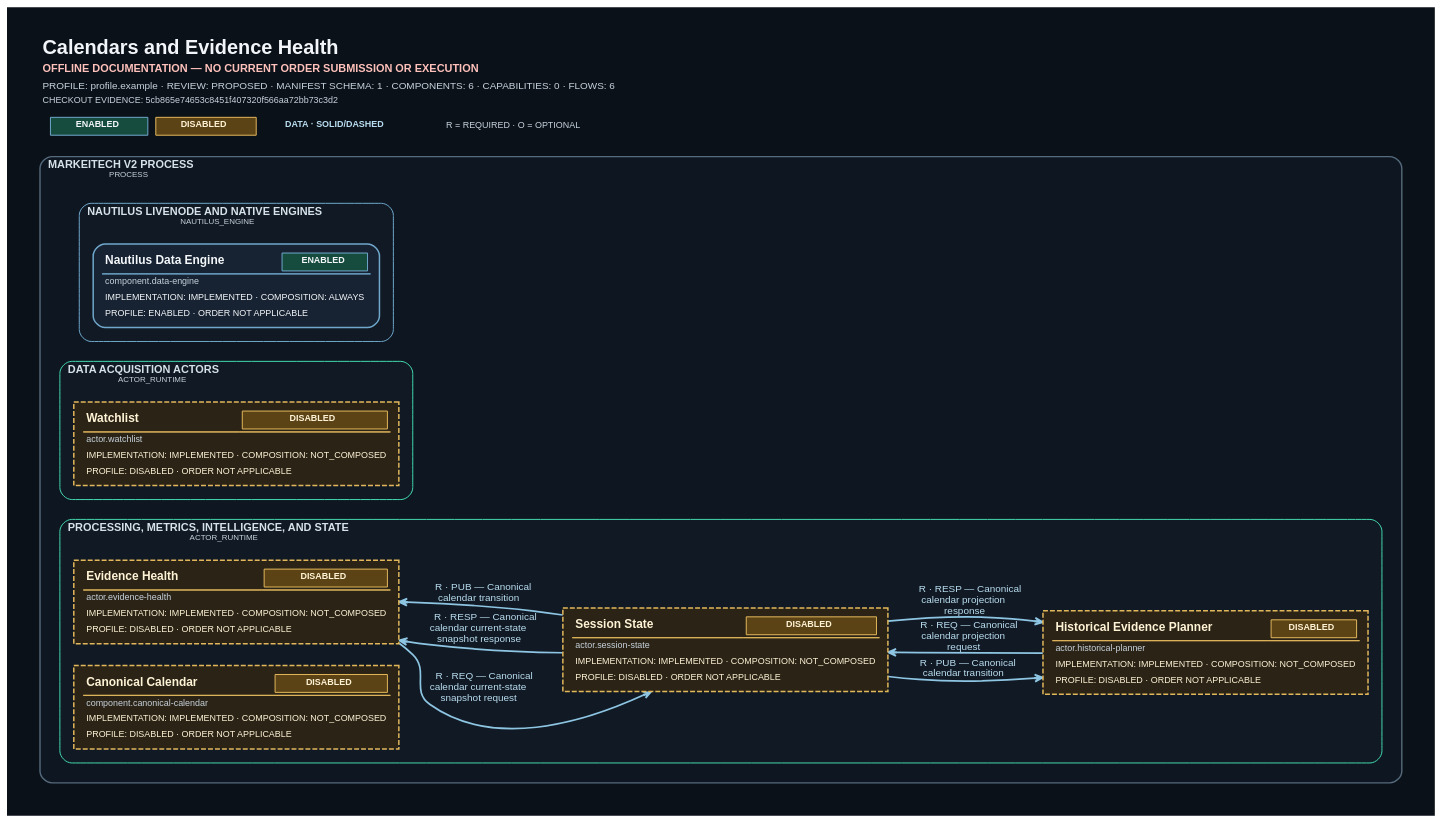
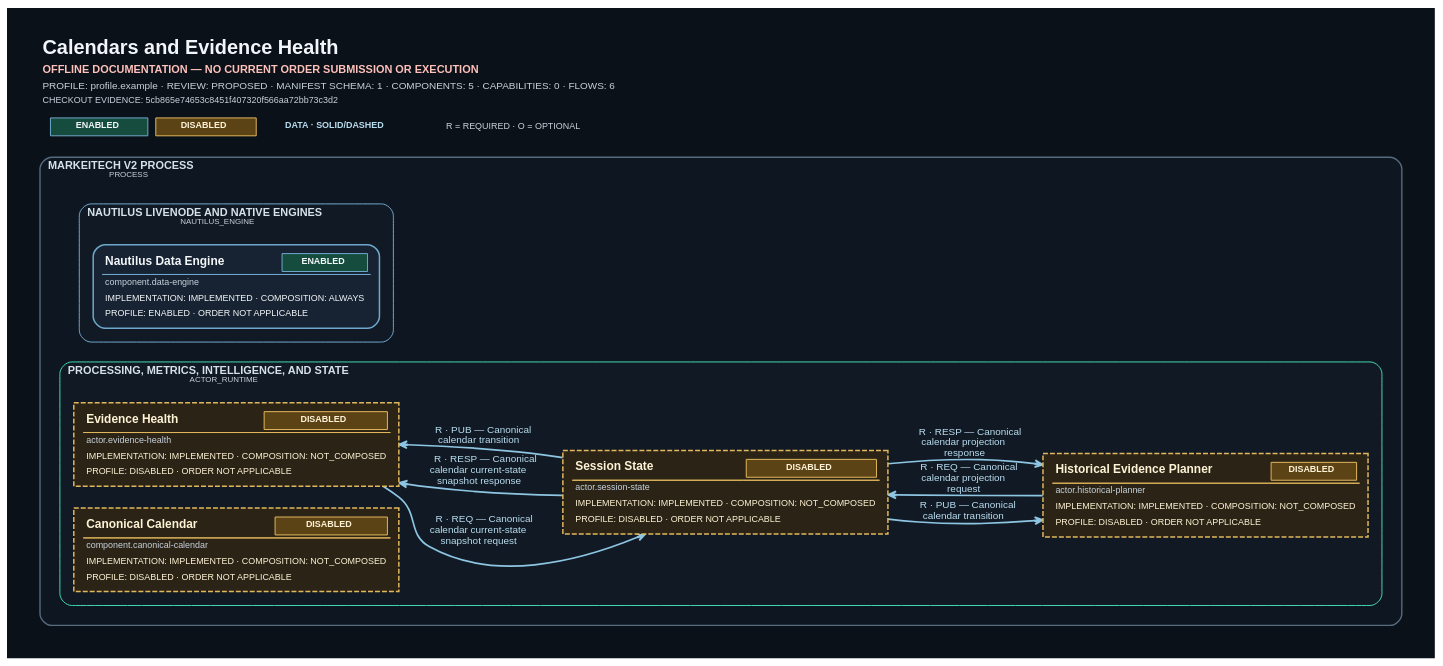
The diagram in tools/system-diagram/docs/generated/metrics-entities-intelligence.dot (ShriekinNinja/Markeitech_V2), drawn with Graphviz before and after one commit. The commit also changed 68 other files, not shown here.

```diff
--- a/tools/system-diagram/docs/generated/metrics-entities-intelligence.dot
+++ b/tools/system-diagram/docs/generated/metrics-entities-intelligence.dot
@@ -1,29 +1,25 @@
 digraph "Calendars and Evidence Health" {
-	graph [bgcolor="#0B1118" fontcolor="#F2F6FA" fontname=Helvetica fontsize=18 forcelabels=true label=<<TABLE BORDER="0" CELLBORDER="0" CELLSPACING="0" CELLPADDING="2"><TR><TD ALIGN="LEFT"><FONT COLOR="#F2F6FA" POINT-SIZE="20"><B>Calendars and Evidence Health</B></FONT></TD></TR><TR><TD ALIGN="LEFT"><FONT COLOR="#FFC1BB" POINT-SIZE="11"><B>OFFLINE DOCUMENTATION &#8212; NO CURRENT ORDER SUBMISSION OR EXECUTION</B></FONT></TD></TR><TR><TD ALIGN="LEFT"><FONT COLOR="#C7D2DD" POINT-SIZE="10">PROFILE: profile.example &#183; REVIEW: PROPOSED &#183; MANIFEST SCHEMA: 1 &#183; COMPONENTS: 6 &#183; CAPABILITIES: 0 &#183; FLOWS: 6</FONT></TD></TR><TR><TD ALIGN="LEFT"><FONT COLOR="#C7D2DD" POINT-SIZE="9">CHECKOUT EVIDENCE: 5cb865e74653c8451f407320f566aa72bb73c3d2</FONT></TD></TR><TR><TD ALIGN="LEFT"><TABLE BORDER="0" CELLBORDER="0" CELLSPACING="8" CELLPADDING="0"><TR><TD><TABLE BORDER="1" CELLBORDER="0" CELLSPACING="0" CELLPADDING="3" COLOR="#6FA8CC" BGCOLOR="#164C3E"><TR><TD><FONT COLOR="#F4F7FA" POINT-SIZE="9"><B>ENABLED</B></FONT></TD></TR></TABLE></TD><TD><TABLE BORDER="1" CELLBORDER="0" CELLSPACING="0" CELLPADDING="3" COLOR="#E2B75C" BGCOLOR="#5B4316"><TR><TD><FONT COLOR="#FFF3D6" POINT-SIZE="9"><B>DISABLED</B></FONT></TD></TR></TABLE></TD><TD><FONT COLOR="#B9DDF0" POINT-SIZE="9"><B>DATA · SOLID/DASHED</B></FONT></TD><TD><FONT COLOR="#C7D2DD" POINT-SIZE="9">R = REQUIRED &#183; O = OPTIONAL</FONT></TD></TR></TABLE></TD></TR></TABLE>> labeljust=l labelloc=t margin=0.15 nodesep=0.3 outputorder=edgesfirst overlap=false pack=true packmode="graph" pad=0.35 rankdir=LR ranksep=0.85 splines=spline]
+	graph [bgcolor="#0B1118" fontcolor="#F2F6FA" fontname=Helvetica fontsize=18 forcelabels=true label=<<TABLE BORDER="0" CELLBORDER="0" CELLSPACING="0" CELLPADDING="2"><TR><TD ALIGN="LEFT"><FONT COLOR="#F2F6FA" POINT-SIZE="20"><B>Calendars and Evidence Health</B></FONT></TD></TR><TR><TD ALIGN="LEFT"><FONT COLOR="#FFC1BB" POINT-SIZE="11"><B>OFFLINE DOCUMENTATION &#8212; NO CURRENT ORDER SUBMISSION OR EXECUTION</B></FONT></TD></TR><TR><TD ALIGN="LEFT"><FONT COLOR="#C7D2DD" POINT-SIZE="10">PROFILE: profile.example &#183; REVIEW: PROPOSED &#183; MANIFEST SCHEMA: 1 &#183; COMPONENTS: 5 &#183; CAPABILITIES: 0 &#183; FLOWS: 6</FONT></TD></TR><TR><TD ALIGN="LEFT"><FONT COLOR="#C7D2DD" POINT-SIZE="9">CHECKOUT EVIDENCE: 5cb865e74653c8451f407320f566aa72bb73c3d2</FONT></TD></TR><TR><TD ALIGN="LEFT"><TABLE BORDER="0" CELLBORDER="0" CELLSPACING="8" CELLPADDING="0"><TR><TD><TABLE BORDER="1" CELLBORDER="0" CELLSPACING="0" CELLPADDING="3" COLOR="#6FA8CC" BGCOLOR="#164C3E"><TR><TD><FONT COLOR="#F4F7FA" POINT-SIZE="9"><B>ENABLED</B></FONT></TD></TR></TABLE></TD><TD><TABLE BORDER="1" CELLBORDER="0" CELLSPACING="0" CELLPADDING="3" COLOR="#E2B75C" BGCOLOR="#5B4316"><TR><TD><FONT COLOR="#FFF3D6" POINT-SIZE="9"><B>DISABLED</B></FONT></TD></TR></TABLE></TD><TD><FONT COLOR="#B9DDF0" POINT-SIZE="9"><B>DATA · SOLID/DASHED</B></FONT></TD><TD><FONT COLOR="#C7D2DD" POINT-SIZE="9">R = REQUIRED &#183; O = OPTIONAL</FONT></TD></TR></TABLE></TD></TR></TABLE>> labeljust=l labelloc=t margin=0.15 nodesep=0.3 outputorder=edgesfirst overlap=false pack=true packmode="graph" pad=0.35 rankdir=LR ranksep=0.85 splines=spline]
 	node [fixedsize=false fontcolor="#F4F7FA" fontname=Helvetica fontsize=10 height=0.9 imagescale=true labelloc=b margin="0.12,0.08" shape=box style=rounded width=2.2]
 	edge [arrowsize=0.8 color="#8DC5E3" fontcolor="#B9DDF0" fontname=Helvetica fontsize=9]
 	subgraph "cluster_Markeitech V2 process" {
 		graph [bgcolor="#0E1721" color="#566B7D" fontcolor="#D6E2EA" fontname=Helvetica fontsize=11 id="boundary.process" label=<<FONT COLOR="#D6E2EA" POINT-SIZE="11"><B>MARKEITECH V2 PROCESS</B></FONT><BR ALIGN="LEFT"/><FONT COLOR="#C7D2DD" POINT-SIZE="8">PROCESS</FONT>> labeljust=l margin=20 pencolor="#566B7D" penwidth=1.4 rankdir=LR shape=box style=rounded]
-		subgraph "cluster_Data acquisition actors" {
-			graph [bgcolor="#111A24" color="#43D9AE" fontcolor="#D6E2EA" fontname=Helvetica fontsize=11 id="boundary.acquisition" label=<<FONT COLOR="#D6E2EA" POINT-SIZE="11"><B>DATA ACQUISITION ACTORS</B></FONT><BR ALIGN="LEFT"/><FONT COLOR="#C7D2DD" POINT-SIZE="8">ACTOR_RUNTIME</FONT>> labeljust=l margin=14 pencolor="#43D9AE" penwidth=1.0 rankdir=LR shape=box style=rounded]
-			"actor.watchlist" [label=<<TABLE BORDER="0" CELLBORDER="0" CELLSPACING="0" CELLPADDING="3"><TR><TD ALIGN="LEFT"><FONT COLOR="#FFF3D6" POINT-SIZE="12"><B>Watchlist</B></FONT></TD><TD ALIGN="RIGHT"><TABLE BORDER="1" CELLBORDER="0" CELLSPACING="0" CELLPADDING="3" COLOR="#E2B75C" BGCOLOR="#5B4316"><TR><TD><FONT COLOR="#FFF3D6" POINT-SIZE="9"><B>DISABLED</B></FONT></TD></TR></TABLE></TD></TR><HR/><TR><TD COLSPAN="2" ALIGN="LEFT"><FONT COLOR="#C7D2DD" POINT-SIZE="9">actor.watchlist</FONT></TD></TR><TR><TD COLSPAN="2" ALIGN="LEFT"><FONT COLOR="#FFF3D6" POINT-SIZE="9">IMPLEMENTATION: IMPLEMENTED &#183; COMPOSITION: NOT_COMPOSED</FONT></TD></TR><TR><TD COLSPAN="2" ALIGN="LEFT"><FONT COLOR="#FFF3D6" POINT-SIZE="9">PROFILE: DISABLED &#183; ORDER NOT APPLICABLE</FONT></TD></TR></TABLE>> color="#E2B75C" fillcolor="#2B2416" fixedsize=false fontcolor="#FFF3D6" group="boundary.acquisition" height=0.82 id="actor.watchlist" labelloc=c margin="0.12,0.09" penwidth=1.5 shape=box style="dashed,filled" tooltip="actor.watchlist" width=2.7]
-		}
 		subgraph "cluster_Processing, metrics, intelligence, and state" {
 			graph [bgcolor="#111A24" color="#43D9AE" fontcolor="#D6E2EA" fontname=Helvetica fontsize=11 id="boundary.intelligence" label=<<FONT COLOR="#D6E2EA" POINT-SIZE="11"><B>PROCESSING, METRICS, INTELLIGENCE, AND STATE</B></FONT><BR ALIGN="LEFT"/><FONT COLOR="#C7D2DD" POINT-SIZE="8">ACTOR_RUNTIME</FONT>> labeljust=l margin=14 pencolor="#43D9AE" penwidth=1.0 rankdir=LR shape=box style=rounded]
 			"actor.evidence-health" [label=<<TABLE BORDER="0" CELLBORDER="0" CELLSPACING="0" CELLPADDING="3"><TR><TD ALIGN="LEFT"><FONT COLOR="#FFF3D6" POINT-SIZE="12"><B>Evidence Health</B></FONT></TD><TD ALIGN="RIGHT"><TABLE BORDER="1" CELLBORDER="0" CELLSPACING="0" CELLPADDING="3" COLOR="#E2B75C" BGCOLOR="#5B4316"><TR><TD><FONT COLOR="#FFF3D6" POINT-SIZE="9"><B>DISABLED</B></FONT></TD></TR></TABLE></TD></TR><HR/><TR><TD COLSPAN="2" ALIGN="LEFT"><FONT COLOR="#C7D2DD" POINT-SIZE="9">actor.evidence-health</FONT></TD></TR><TR><TD COLSPAN="2" ALIGN="LEFT"><FONT COLOR="#FFF3D6" POINT-SIZE="9">IMPLEMENTATION: IMPLEMENTED &#183; COMPOSITION: NOT_COMPOSED</FONT></TD></TR><TR><TD COLSPAN="2" ALIGN="LEFT"><FONT COLOR="#FFF3D6" POINT-SIZE="9">PROFILE: DISABLED &#183; ORDER NOT APPLICABLE</FONT></TD></TR></TABLE>> color="#E2B75C" fillcolor="#2B2416" fixedsize=false fontcolor="#FFF3D6" group="boundary.intelligence" height=0.82 id="actor.evidence-health" labelloc=c margin="0.12,0.09" penwidth=1.5 shape=box style="dashed,filled" tooltip="actor.evidence-health" width=2.7]
 			"actor.historical-planner" [label=<<TABLE BORDER="0" CELLBORDER="0" CELLSPACING="0" CELLPADDING="3"><TR><TD ALIGN="LEFT"><FONT COLOR="#FFF3D6" POINT-SIZE="12"><B>Historical Evidence Planner</B></FONT></TD><TD ALIGN="RIGHT"><TABLE BORDER="1" CELLBORDER="0" CELLSPACING="0" CELLPADDING="3" COLOR="#E2B75C" BGCOLOR="#5B4316"><TR><TD><FONT COLOR="#FFF3D6" POINT-SIZE="9"><B>DISABLED</B></FONT></TD></TR></TABLE></TD></TR><HR/><TR><TD COLSPAN="2" ALIGN="LEFT"><FONT COLOR="#C7D2DD" POINT-SIZE="9">actor.historical-planner</FONT></TD></TR><TR><TD COLSPAN="2" ALIGN="LEFT"><FONT COLOR="#FFF3D6" POINT-SIZE="9">IMPLEMENTATION: IMPLEMENTED &#183; COMPOSITION: NOT_COMPOSED</FONT></TD></TR><TR><TD COLSPAN="2" ALIGN="LEFT"><FONT COLOR="#FFF3D6" POINT-SIZE="9">PROFILE: DISABLED &#183; ORDER NOT APPLICABLE</FONT></TD></TR></TABLE>> color="#E2B75C" fillcolor="#2B2416" fixedsize=false fontcolor="#FFF3D6" group="boundary.intelligence" height=0.82 id="actor.historical-planner" labelloc=c margin="0.12,0.09" penwidth=1.5 shape=box style="dashed,filled" tooltip="actor.historical-planner" width=2.7]
 			"actor.session-state" [label=<<TABLE BORDER="0" CELLBORDER="0" CELLSPACING="0" CELLPADDING="3"><TR><TD ALIGN="LEFT"><FONT COLOR="#FFF3D6" POINT-SIZE="12"><B>Session State</B></FONT></TD><TD ALIGN="RIGHT"><TABLE BORDER="1" CELLBORDER="0" CELLSPACING="0" CELLPADDING="3" COLOR="#E2B75C" BGCOLOR="#5B4316"><TR><TD><FONT COLOR="#FFF3D6" POINT-SIZE="9"><B>DISABLED</B></FONT></TD></TR></TABLE></TD></TR><HR/><TR><TD COLSPAN="2" ALIGN="LEFT"><FONT COLOR="#C7D2DD" POINT-SIZE="9">actor.session-state</FONT></TD></TR><TR><TD COLSPAN="2" ALIGN="LEFT"><FONT COLOR="#FFF3D6" POINT-SIZE="9">IMPLEMENTATION: IMPLEMENTED &#183; COMPOSITION: NOT_COMPOSED</FONT></TD></TR><TR><TD COLSPAN="2" ALIGN="LEFT"><FONT COLOR="#FFF3D6" POINT-SIZE="9">PROFILE: DISABLED &#183; ORDER NOT APPLICABLE</FONT></TD></TR></TABLE>> color="#E2B75C" fillcolor="#2B2416" fixedsize=false fontcolor="#FFF3D6" group="boundary.intelligence" height=0.82 id="actor.session-state" labelloc=c margin="0.12,0.09" penwidth=1.5 shape=box style="dashed,filled" tooltip="actor.session-state" width=2.7]
 			"component.canonical-calendar" [label=<<TABLE BORDER="0" CELLBORDER="0" CELLSPACING="0" CELLPADDING="3"><TR><TD ALIGN="LEFT"><FONT COLOR="#FFF3D6" POINT-SIZE="12"><B>Canonical Calendar</B></FONT></TD><TD ALIGN="RIGHT"><TABLE BORDER="1" CELLBORDER="0" CELLSPACING="0" CELLPADDING="3" COLOR="#E2B75C" BGCOLOR="#5B4316"><TR><TD><FONT COLOR="#FFF3D6" POINT-SIZE="9"><B>DISABLED</B></FONT></TD></TR></TABLE></TD></TR><HR/><TR><TD COLSPAN="2" ALIGN="LEFT"><FONT COLOR="#C7D2DD" POINT-SIZE="9">component.canonical-calendar</FONT></TD></TR><TR><TD COLSPAN="2" ALIGN="LEFT"><FONT COLOR="#FFF3D6" POINT-SIZE="9">IMPLEMENTATION: IMPLEMENTED &#183; COMPOSITION: NOT_COMPOSED</FONT></TD></TR><TR><TD COLSPAN="2" ALIGN="LEFT"><FONT COLOR="#FFF3D6" POINT-SIZE="9">PROFILE: DISABLED &#183; ORDER NOT APPLICABLE</FONT></TD></TR></TABLE>> color="#E2B75C" fillcolor="#2B2416" fixedsize=false fontcolor="#FFF3D6" group="boundary.intelligence" height=0.82 id="component.canonical-calendar" labelloc=c margin="0.12,0.09" penwidth=1.5 shape=box style="dashed,filled" tooltip="component.canonical-calendar" width=2.7]
 		}
 		subgraph "cluster_Nautilus LiveNode and native engines" {
 			graph [bgcolor="#111A24" color="#6FA8CC" fontcolor="#D6E2EA" fontname=Helvetica fontsize=11 id="boundary.nautilus" label=<<FONT COLOR="#D6E2EA" POINT-SIZE="11"><B>NAUTILUS LIVENODE AND NATIVE ENGINES</B></FONT><BR ALIGN="LEFT"/><FONT COLOR="#C7D2DD" POINT-SIZE="8">NAUTILUS_ENGINE</FONT>> labeljust=l margin=14 pencolor="#6FA8CC" penwidth=1.0 rankdir=LR shape=box style=rounded]
 			"component.data-engine" [label=<<TABLE BORDER="0" CELLBORDER="0" CELLSPACING="0" CELLPADDING="3"><TR><TD ALIGN="LEFT"><FONT COLOR="#F4F7FA" POINT-SIZE="12"><B>Nautilus Data Engine</B></FONT></TD><TD ALIGN="RIGHT"><TABLE BORDER="1" CELLBORDER="0" CELLSPACING="0" CELLPADDING="3" COLOR="#6FA8CC" BGCOLOR="#164C3E"><TR><TD><FONT COLOR="#F4F7FA" POINT-SIZE="9"><B>ENABLED</B></FONT></TD></TR></TABLE></TD></TR><HR/><TR><TD COLSPAN="2" ALIGN="LEFT"><FONT COLOR="#C7D2DD" POINT-SIZE="9">component.data-engine</FONT></TD></TR><TR><TD COLSPAN="2" ALIGN="LEFT"><FONT COLOR="#F4F7FA" POINT-SIZE="9">IMPLEMENTATION: IMPLEMENTED &#183; COMPOSITION: ALWAYS</FONT></TD></TR><TR><TD COLSPAN="2" ALIGN="LEFT"><FONT COLOR="#F4F7FA" POINT-SIZE="9">PROFILE: ENABLED &#183; ORDER NOT APPLICABLE</FONT></TD></TR></TABLE>> color="#6FA8CC" fillcolor="#172332" fixedsize=false fontcolor="#F4F7FA" group="boundary.nautilus" height=0.82 id="component.data-engine" labelloc=c margin="0.12,0.09" penwidth=1.5 shape=box style="rounded,filled" tooltip="component.data-engine" width=2.7]
 		}
 	}
 	"actor.evidence-health" -> "actor.session-state" [label=<<font point-size="10">R · REQ — Canonical<br/>calendar current-state<br/>snapshot request</font>> arrowhead=vee color="#8DC5E3" dir=forward fontcolor="#B9DDF0" fontname="Sans-Serif" fontsize=13 id="edge.calendar-request-health" penwidth=1.7 style=solid tooltip="edge.calendar-request-health"]
 	"actor.historical-planner" -> "actor.session-state" [label=<<font point-size="10">R · REQ — Canonical<br/>calendar projection<br/>request</font>> arrowhead=vee color="#8DC5E3" dir=forward fontcolor="#B9DDF0" fontname="Sans-Serif" fontsize=13 id="edge.calendar-request-planner" penwidth=1.7 style=solid tooltip="edge.calendar-request-planner"]
 	"actor.session-state" -> "actor.evidence-health" [label=<<font point-size="10">R · RESP — Canonical<br/>calendar current-state<br/>snapshot response</font>> arrowhead=vee color="#8DC5E3" dir=forward fontcolor="#B9DDF0" fontname="Sans-Serif" fontsize=13 id="edge.calendar-response-health" penwidth=1.7 style=solid tooltip="edge.calendar-response-health"]
 	"actor.session-state" -> "actor.historical-planner" [label=<<font point-size="10">R · RESP — Canonical<br/>calendar projection<br/>response</font>> arrowhead=vee color="#8DC5E3" dir=forward fontcolor="#B9DDF0" fontname="Sans-Serif" fontsize=13 id="edge.calendar-response-planner" penwidth=1.7 style=solid tooltip="edge.calendar-response-planner"]
 	"actor.session-state" -> "actor.evidence-health" [label=<<font point-size="10">R · PUB — Canonical<br/>calendar transition</font>> arrowhead=vee color="#8DC5E3" dir=forward fontcolor="#B9DDF0" fontname="Sans-Serif" fontsize=13 id="edge.calendar-transition-health" penwidth=1.7 style=solid tooltip="edge.calendar-transition-health"]
 	"actor.session-state" -> "actor.historical-planner" [label=<<font point-size="10">R · PUB — Canonical<br/>calendar transition</font>> arrowhead=vee color="#8DC5E3" dir=forward fontcolor="#B9DDF0" fontname="Sans-Serif" fontsize=13 id="edge.calendar-transition-planner" penwidth=1.7 style=solid tooltip="edge.calendar-transition-planner"]
 }
```
